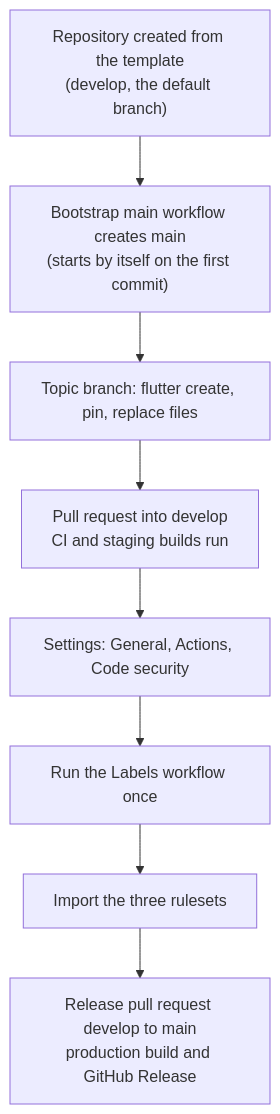
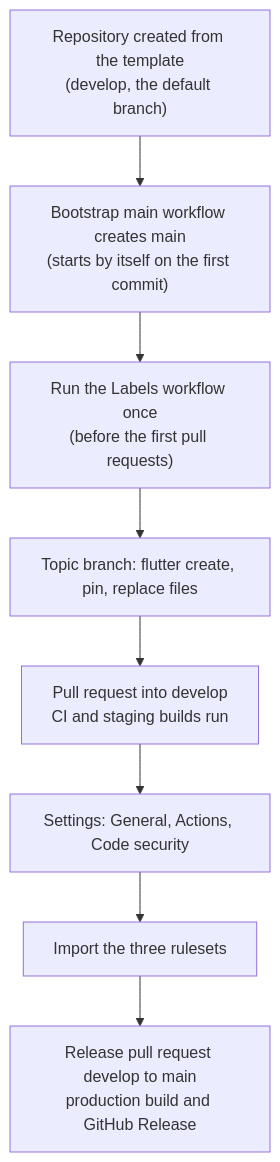
Before and after one commit to alihaidar0/flutter-template: the fourth of 12 diagrams in README.md, drawn with Mermaid. The commit also changed other lines of this file and 3 other files, not shown here.

First line of the commit message:
docs: run the Labels workflow first and sync labels from develop

````diff
--- a/README.md
+++ b/README.md
@@ -254,10 +260,10 @@
 ```mermaid
 flowchart TD
     B1["Repository created from the template<br/>(develop, the default branch)"] --> B2["Bootstrap main workflow creates main<br/>(starts by itself on the first commit)"]
-    B2 --> B3["Topic branch: flutter create, pin, replace files"]
+    B2 --> B6["Run the Labels workflow once<br/>(before the first pull requests)"]
+    B6 --> B3["Topic branch: flutter create, pin, replace files"]
     B3 --> B4["Pull request into develop<br/>CI and staging builds run"]
     B4 --> B5["Settings: General, Actions, Code security"]
-    B5 --> B6["Run the Labels workflow once"]
-    B6 --> B7["Import the three rulesets"]
+    B5 --> B7["Import the three rulesets"]
     B7 --> B8["Release pull request develop to main<br/>production build and GitHub Release"]
 ```
````
